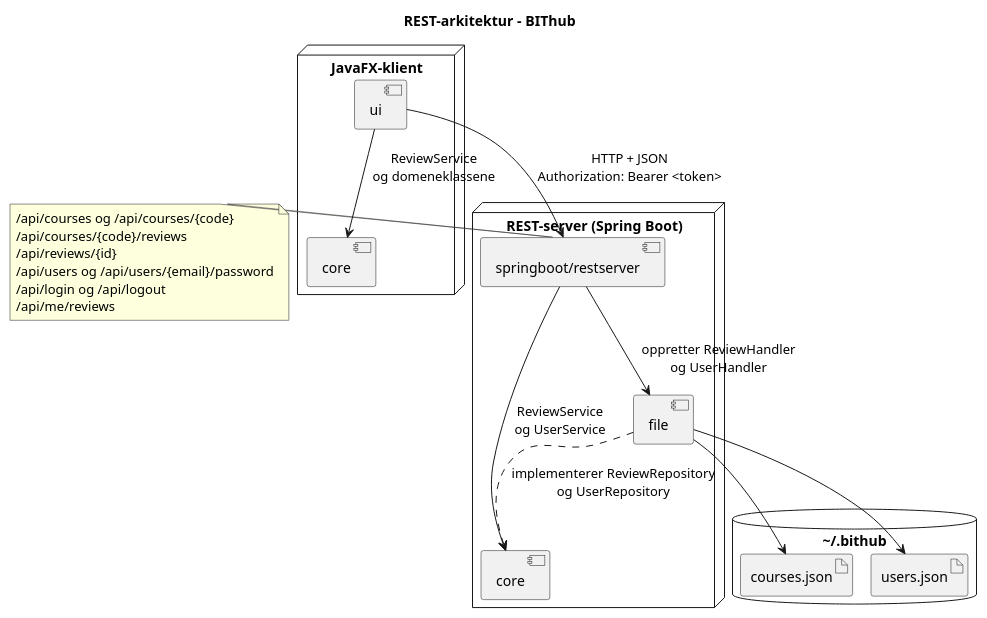
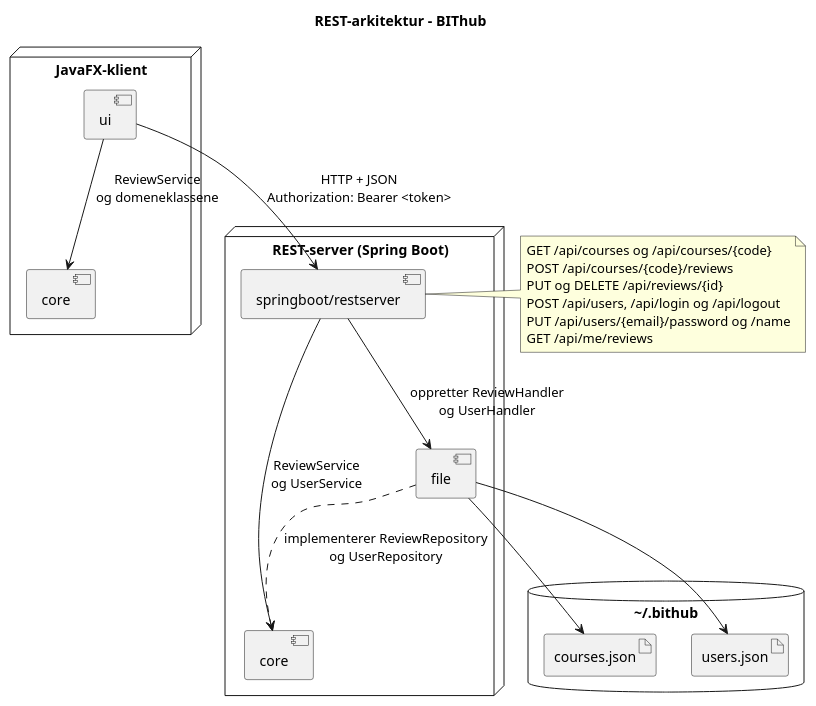
Before and after one commit to JesperBarosen/BIThub: the diagram in arkitektur/restArkitektur.puml, drawn with PlantUML. The commit also changed 11 other files, not shown here.

First line of the commit message:
Rydd i UML-diagrammene og vis 409

```diff
--- a/arkitektur/restArkitektur.puml
+++ b/arkitektur/restArkitektur.puml
@@ -1,39 +1,38 @@
 @startuml restArkitektur
-!pragma layout smetana
 
 title REST-arkitektur - BIThub
 
 node "JavaFX-klient" {
     component "ui" as ui
     component "core" as coreKlient
 }
 
 node "REST-server (Spring Boot)" {
     component "springboot/restserver" as rest
     component "core" as coreServer
     component "file" as fileModul
 }
 
 database "&#126;/.bithub" {
     artifact "courses.json" as courses
     artifact "users.json" as users
 }
 
 ui --> coreKlient : ReviewService\nog domeneklassene
 ui --> rest : HTTP + JSON\nAuthorization: Bearer <token>
 rest --> coreServer : ReviewService\nog UserService
 rest --> fileModul : oppretter ReviewHandler\nog UserHandler
 fileModul ..> coreServer : implementerer ReviewRepository\nog UserRepository
 fileModul --> courses
 fileModul --> users
 
 note right of rest
-  /api/courses og /api/courses/{code}
-  /api/courses/{code}/reviews
-  /api/reviews/{id}
-  /api/users og /api/users/{email}/password
-  /api/login og /api/logout
-  /api/me/reviews
+  GET /api/courses og /api/courses/{code}
+  POST /api/courses/{code}/reviews
+  PUT og DELETE /api/reviews/{id}
+  POST /api/users, /api/login og /api/logout
+  PUT /api/users/{email}/password og /name
+  GET /api/me/reviews
 end note
 
 @enduml
```
